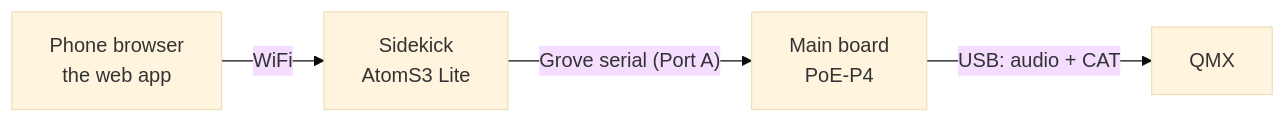
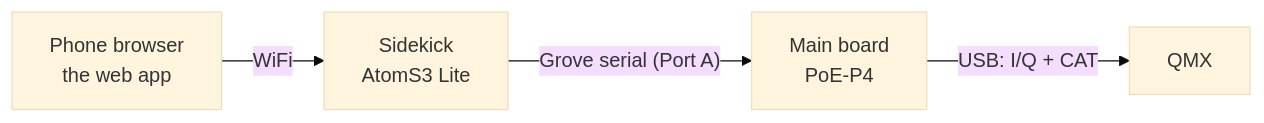
Before and after one commit to kb2slo/micro-ft8: the diagram in README.md, drawn with Mermaid (base theme). The commit also changed other lines of this file and 43 other files, not shown here.

First line of the commit message:
Decode the QMX only from IQ mode; drop the audio path

````diff
--- a/README.md
+++ b/README.md
@@ -43,6 +43,6 @@
 ```mermaid
 flowchart LR
     phone["Phone browser<br/>the web app"] -- WiFi --> sk["Sidekick<br/>AtomS3 Lite"]
     sk -- "Grove serial (Port A)" --> p4["Main board<br/>PoE-P4"]
-    p4 -- "USB: audio + CAT" --> radio["QMX"]
+    p4 -- "USB: I/Q + CAT" --> radio["QMX"]
 ```
````
